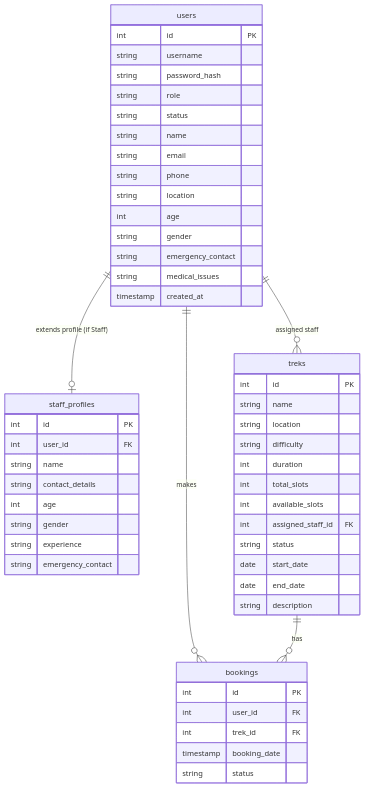
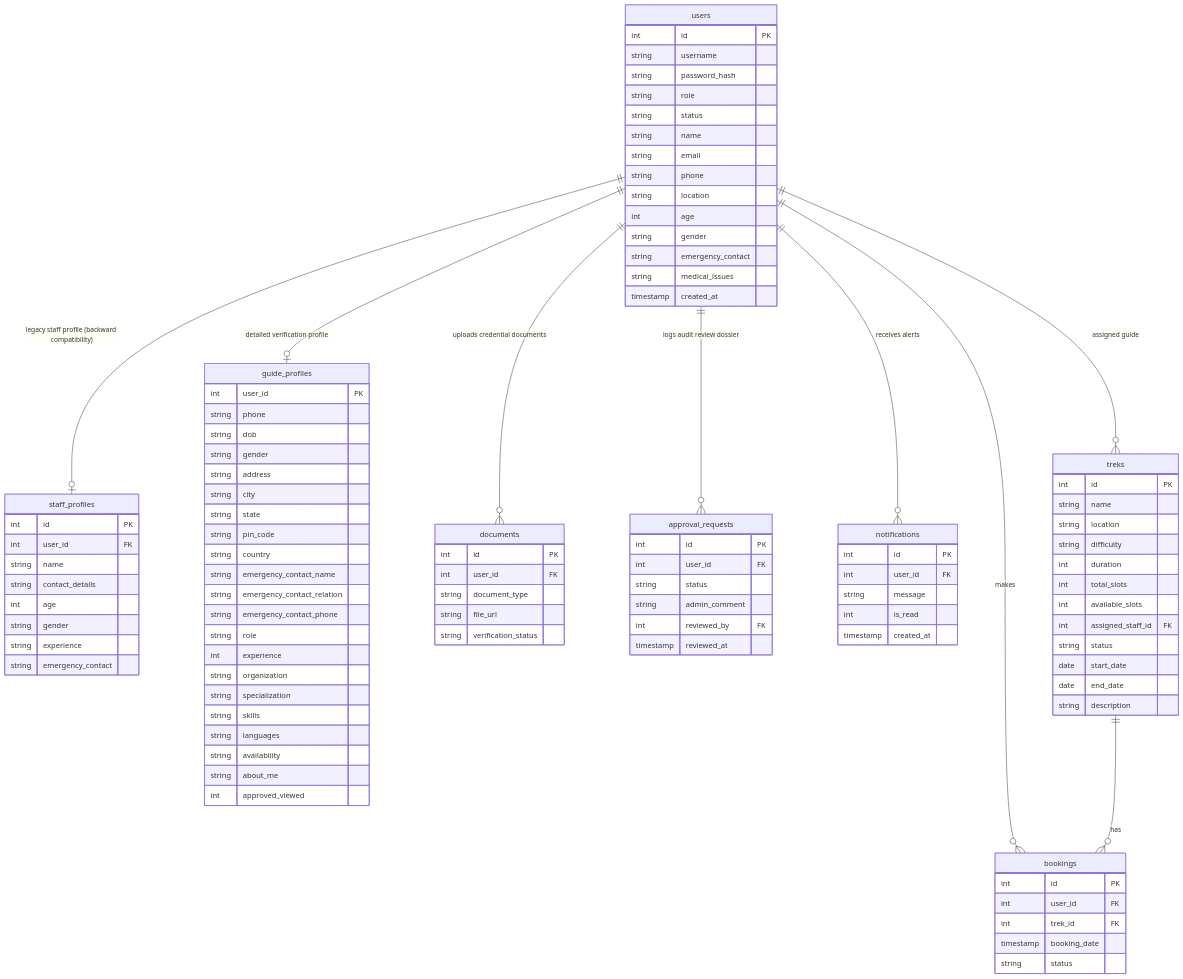
Before and after one commit to Arshpreetxsingh/TrekManagement: the diagram in README.md, drawn with Mermaid. The commit also changed other lines of this file, not shown here.

Commit message:
Update README.md with Guide/Staff verification workflow details

````diff
--- a/README.md
+++ b/README.md
@@ -59,9 +75,13 @@
 ```mermaid
 erDiagram
-    users ||--o| staff_profiles : "extends profile (if Staff)"
+    users ||--o| staff_profiles : "legacy staff profile (backward compatibility)"
+    users ||--o| guide_profiles : "detailed verification profile"
+    users ||--o{ documents : "uploads credential documents"
+    users ||--o{ approval_requests : "logs audit review dossier"
+    users ||--o{ notifications : "receives alerts"
     users ||--o{ bookings : "makes"
     treks ||--o{ bookings : "has"
-    users ||--o{ treks : "assigned staff"
+    users ||--o{ treks : "assigned guide"
     
     users {
         int id PK
@@ -77,6 +97,55 @@
         string gender
         string emergency_contact
         string medical_issues
+        timestamp created_at
+    }
+
+    guide_profiles {
+        int user_id PK
+        string phone
+        string dob
+        string gender
+        string address
+        string city
+        string state
+        string pin_code
+        string country
+        string emergency_contact_name
+        string emergency_contact_relation
+        string emergency_contact_phone
+        string role
+        int experience
+        string organization
+        string specialization
+        string skills
+        string languages
+        string availability
+        string about_me
+        int approved_viewed
+    }
+
+    documents {
+        int id PK
+        int user_id FK
+        string document_type
+        string file_url
+        string verification_status
+    }
+
+    approval_requests {
+        int id PK
+        int user_id FK
+        string status
+        string admin_comment
+        int reviewed_by FK
+        timestamp reviewed_at
+    }
+
+    notifications {
+        int id PK
+        int user_id FK
+        string message
+        int is_read
         timestamp created_at
     }
 
````
